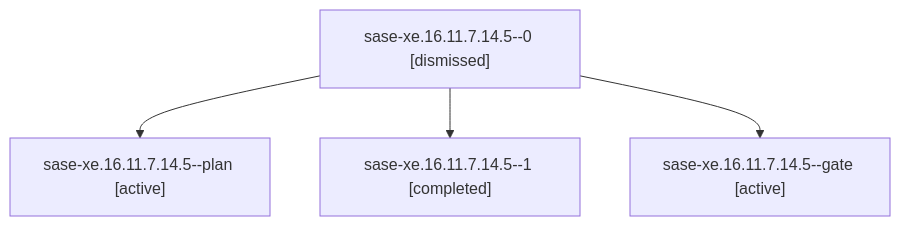
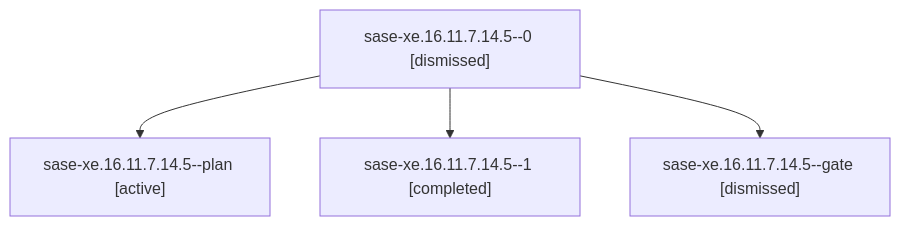
One commit to sase-org/sase--agents changed the diagram in sessions/bbugyi200.athena.sase-xe.16.11.7.14.5.md. Above: the diagram before and after it, drawn with Mermaid. The commit also changed other lines of this file and 323 other files, not shown here.

````diff
--- a/sessions/bbugyi200.athena.sase-xe.16.11.7.14.5.md
+++ b/sessions/bbugyi200.athena.sase-xe.16.11.7.14.5.md
@@ -9,10 +9,10 @@
 ```mermaid
 flowchart TD
   n0["sase-xe.16.11.7.14.5--0 [dismissed]"]
   n1["sase-xe.16.11.7.14.5--plan [active]"]
   n0 --> n1
   n2["sase-xe.16.11.7.14.5--1 [completed]"]
   n0 --> n2
-  n3["sase-xe.16.11.7.14.5--gate [active]"]
+  n3["sase-xe.16.11.7.14.5--gate [dismissed]"]
   n0 --> n3
 ```
````
